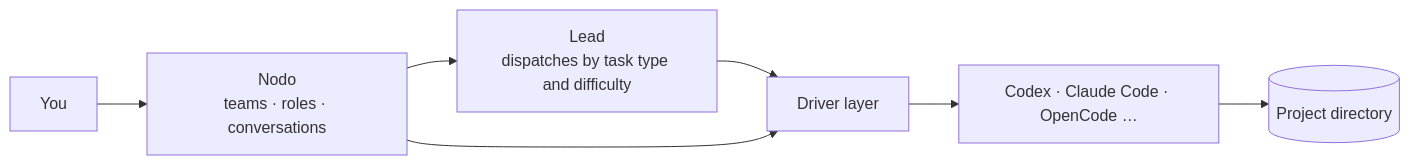
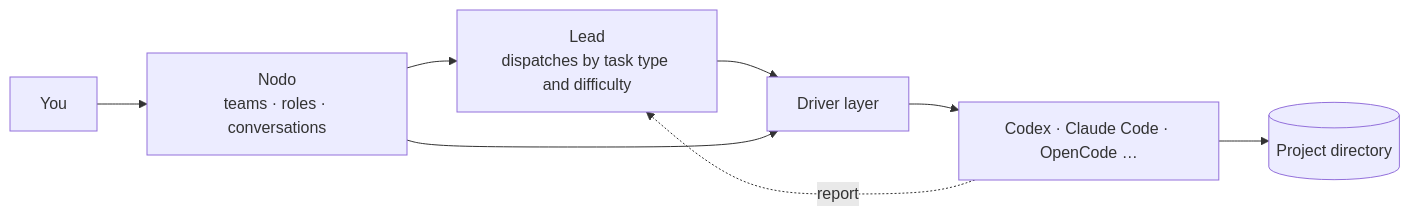
One commit to waikoeng234/Nodo changed the diagram in README.en.md. Above: the diagram before and after it, drawn with Mermaid. The commit also changed other lines of this file and 87 other files, not shown here.

````diff
--- a/README.en.md
+++ b/README.en.md
@@ -56,9 +56,10 @@
 ```mermaid
 flowchart LR
     U[You] --> N[Nodo<br/>teams · roles · conversations]
     N --> L[Lead<br/>dispatches by task type and difficulty]
     L --> D[Driver layer]
     N --> D
     D --> A[Codex · Claude Code · OpenCode …]
     A --> P[(Project directory)]
+    A -.->|report| L
 ```
````
